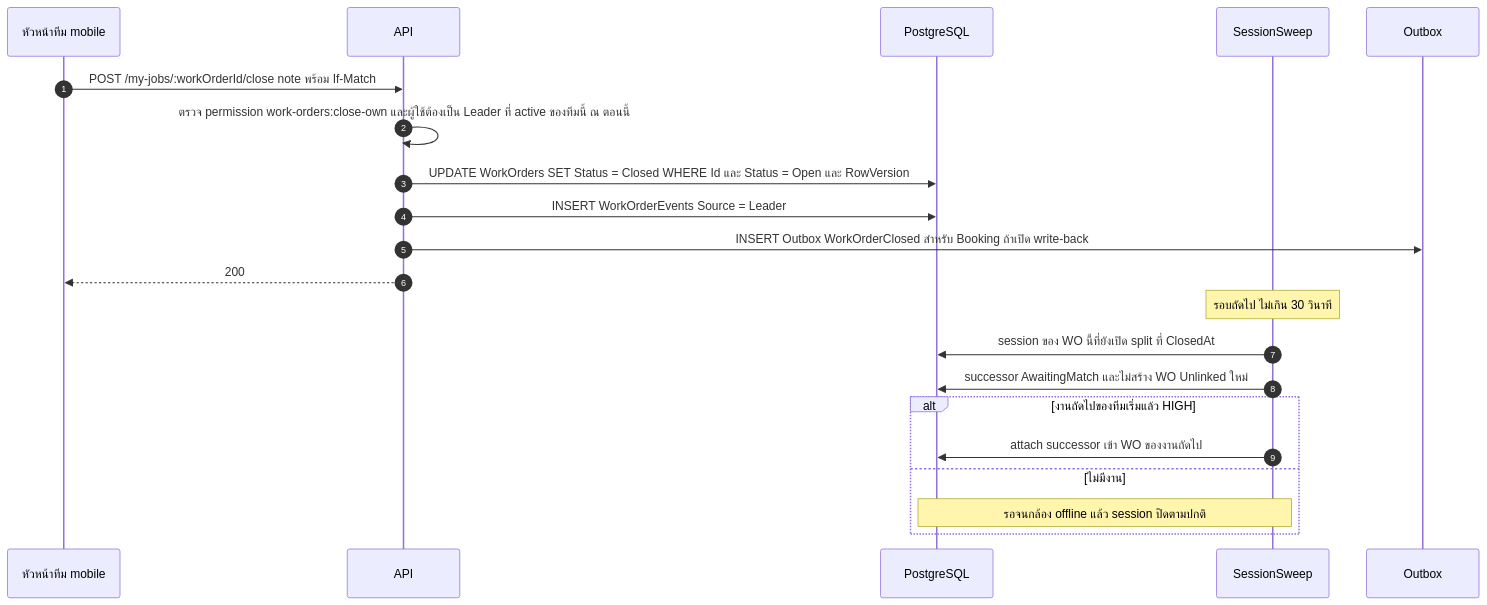
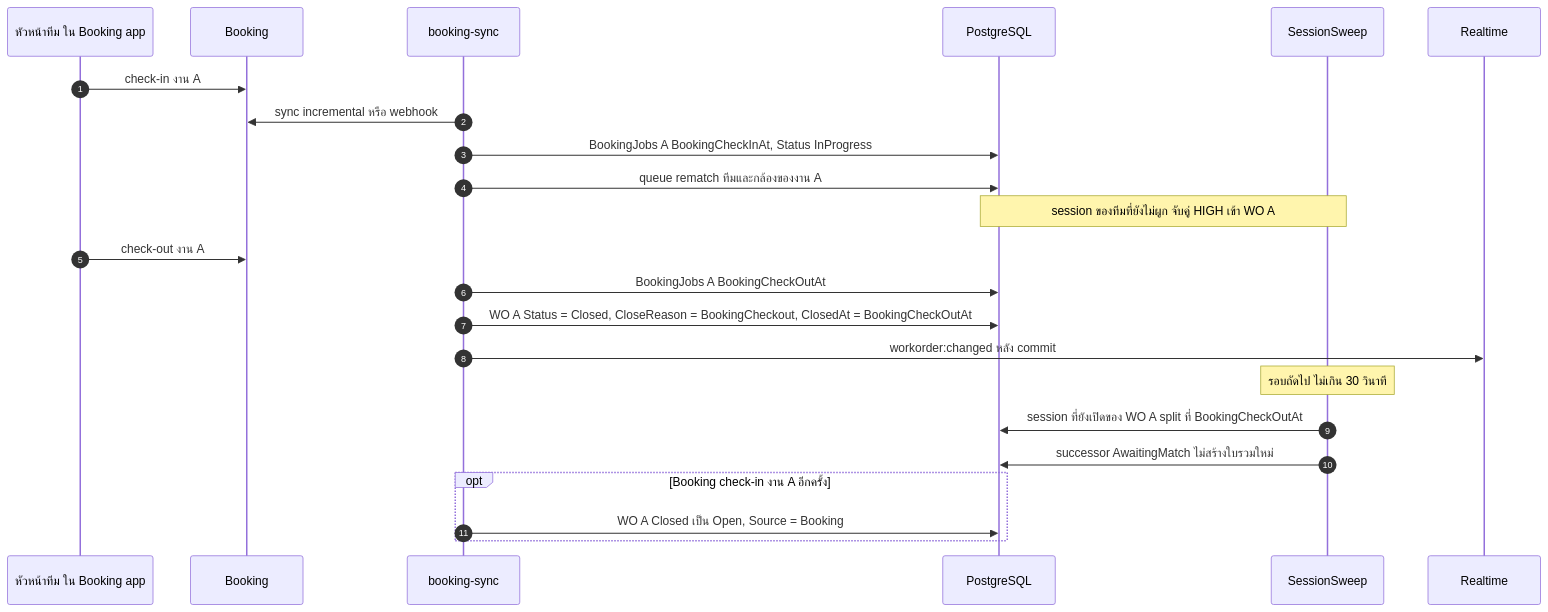
The eighth of 12 diagrams in docs/blueprint/03-business-workflows.md (b-werayut/psd-bodycam-v1.0), drawn with Mermaid before and after one commit. The commit also changed other lines of this file and 8 other files, not shown here.

````diff
--- a/docs/blueprint/03-business-workflows.md
+++ b/docs/blueprint/03-business-workflows.md
@@ -322,24 +343,26 @@
 ```mermaid
 sequenceDiagram
   autonumber
-  participant L as หัวหน้าทีม mobile
-  participant API as API
+  participant L as หัวหน้าทีม ใน Booking app
+  participant BK as Booking
+  participant SY as booking-sync
   participant DB as PostgreSQL
   participant SW as SessionSweep
-  participant OB as Outbox
+  participant RT as Realtime
 
-  L->>API: POST /my-jobs/:workOrderId/close note พร้อม If-Match
-  API->>API: ตรวจ permission work-orders:close-own และผู้ใช้ต้องเป็น Leader ที่ active ของทีมนี้ ณ ตอนนี้
-  API->>DB: UPDATE WorkOrders SET Status = Closed WHERE Id และ Status = Open และ RowVersion
-  API->>DB: INSERT WorkOrderEvents Source = Leader
-  API->>OB: INSERT Outbox WorkOrderClosed สำหรับ Booking ถ้าเปิด write-back
-  API-->>L: 200
+  L->>BK: check-in งาน A
+  SY->>BK: sync incremental หรือ webhook
+  SY->>DB: BookingJobs A BookingCheckInAt, Status InProgress
+  SY->>DB: queue rematch ทีมและกล้องของงาน A
+  Note over SW,DB: session ของทีมที่ยังไม่ผูก จับคู่ HIGH เข้า WO A
+  L->>BK: check-out งาน A
+  SY->>DB: BookingJobs A BookingCheckOutAt
+  SY->>DB: WO A Status = Closed, CloseReason = BookingCheckout, ClosedAt = BookingCheckOutAt
+  SY->>RT: workorder:changed หลัง commit
   Note over SW: รอบถัดไป ไม่เกิน 30 วินาที
-  SW->>DB: session ของ WO นี้ที่ยังเปิด split ที่ ClosedAt
-  SW->>DB: successor AwaitingMatch และไม่สร้าง WO Unlinked ใหม่
-  alt งานถัดไปของทีมเริ่มแล้ว HIGH
-    SW->>DB: attach successor เข้า WO ของงานถัดไป
-  else ไม่มีงาน
-    Note over SW,DB: รอจนกล้อง offline แล้ว session ปิดตามปกติ
+  SW->>DB: session ที่ยังเปิดของ WO A split ที่ BookingCheckOutAt
+  SW->>DB: successor AwaitingMatch ไม่สร้างใบรวมใหม่
+  opt Booking check-in งาน A อีกครั้ง
+    SY->>DB: WO A Closed เป็น Open, Source = Booking
   end
 ```
````
